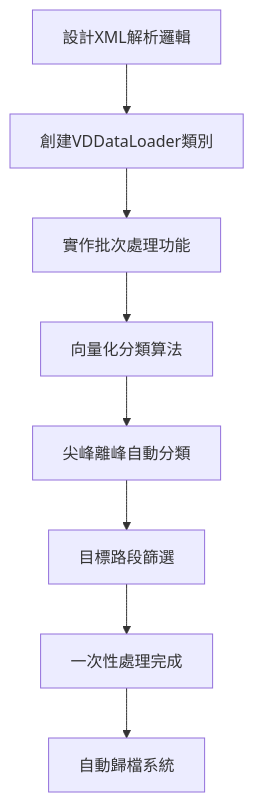
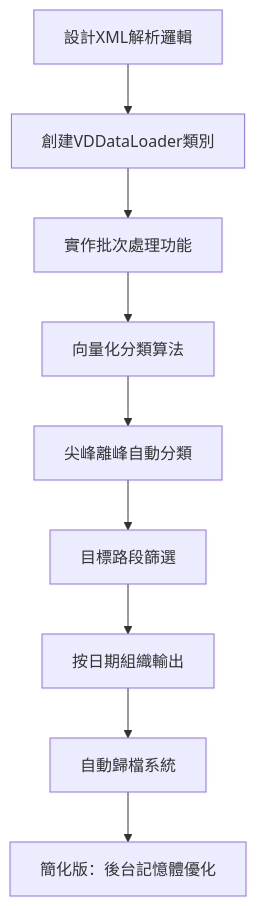
The second of 6 diagrams in README.md (qrere-Ya/traffic_project_roadmap), drawn with Mermaid before and after one commit. The commit also changed other lines of this file, not shown here.

````diff
--- a/README.md
+++ b/README.md
@@ -74,10 +109,11 @@
 ```mermaid
 graph TD
     F[設計XML解析邏輯] --> G[創建VDDataLoader類別]
     G --> H[實作批次處理功能]
     H --> I[向量化分類算法]
     I --> J[尖峰離峰自動分類]
     J --> K[目標路段篩選]
-    K --> L[一次性處理完成]
+    K --> L[按日期組織輸出]
     L --> M[自動歸檔系統]
+    M --> N[簡化版：後台記憶體優化]
 ```
````
